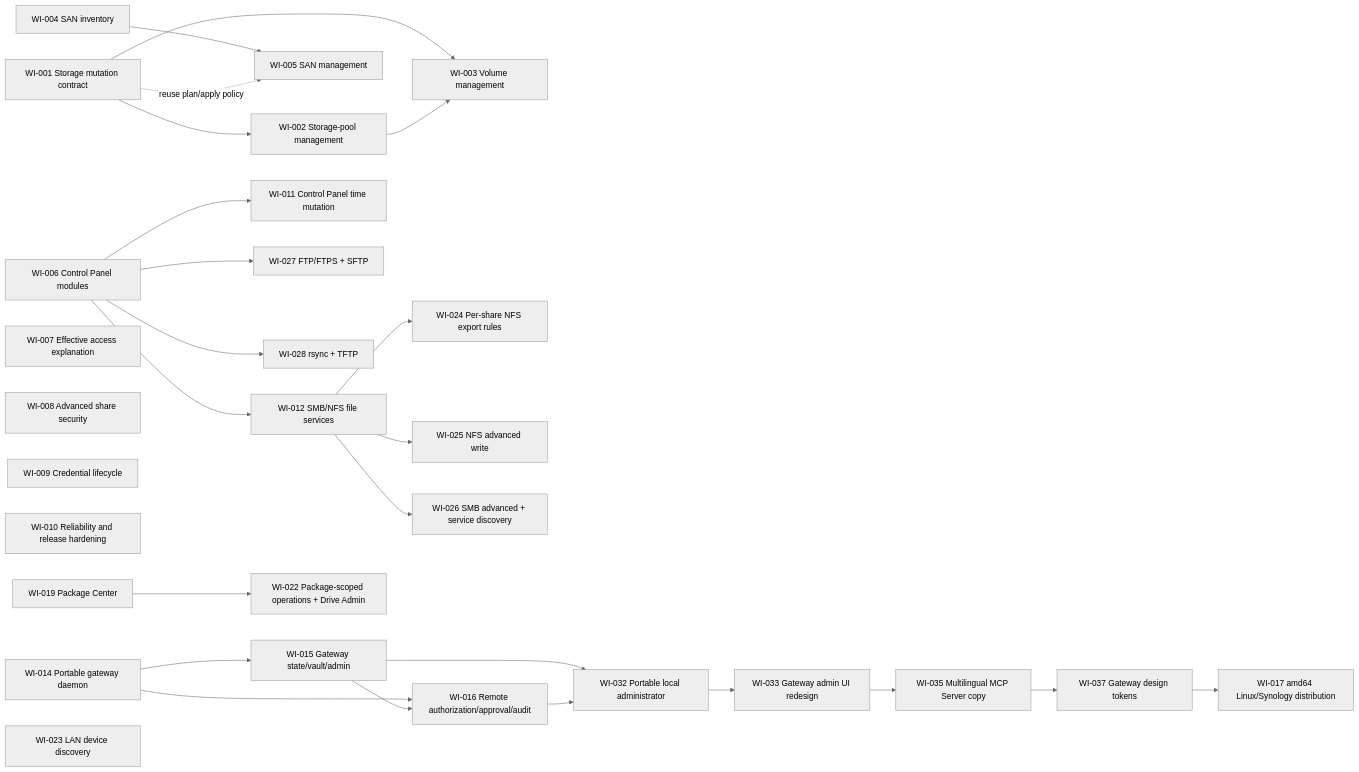
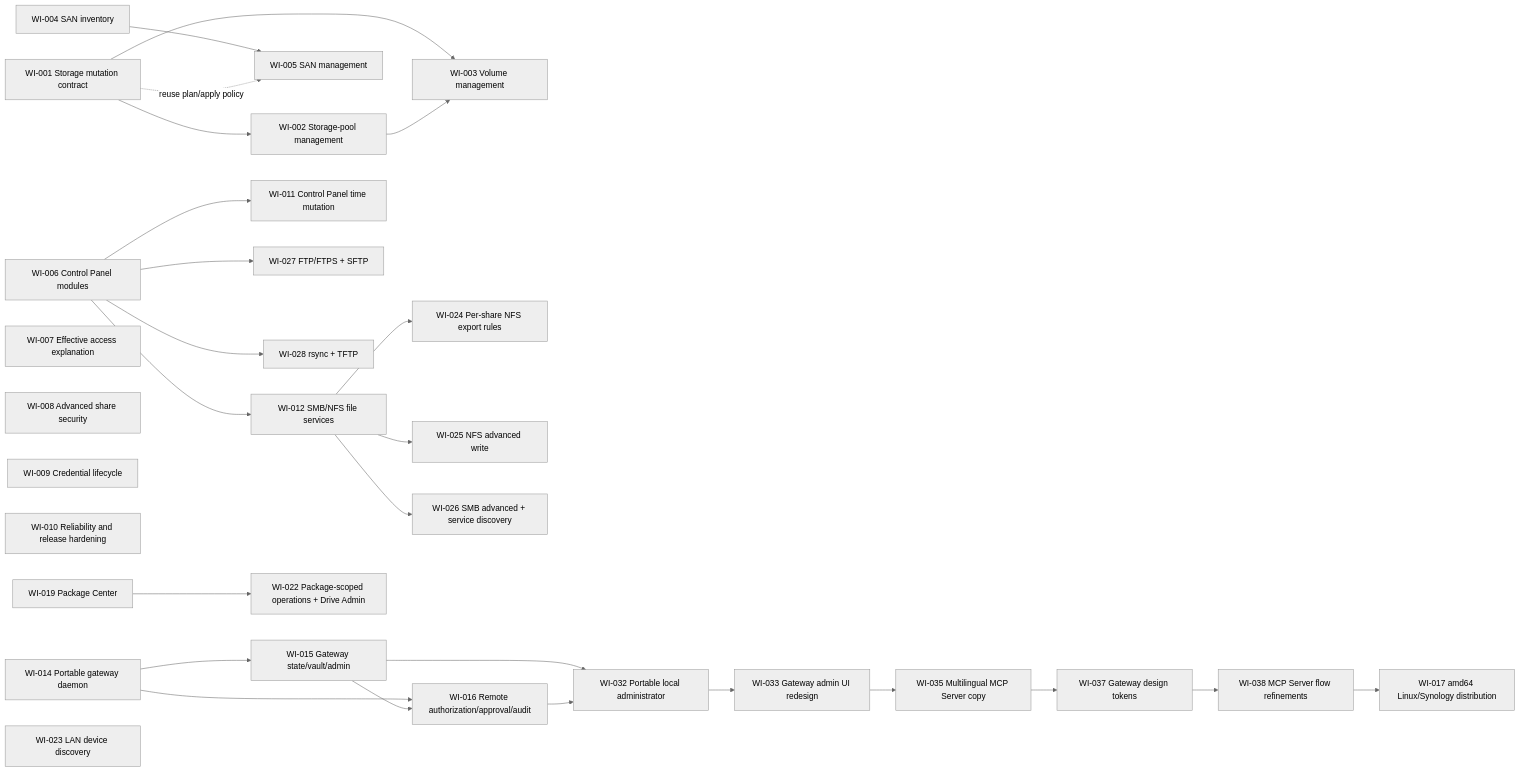
The diagram in spec/roadmap.md (derekvery666/dsmctl), drawn with Mermaid (neutral theme) before and after one commit. The commit also changed other lines of this file and 4 other files, not shown here.

First line of the commit message:
Add WI-038 MCP Server flow-refinement spec

````diff
--- a/spec/roadmap.md
+++ b/spec/roadmap.md
@@ -9,31 +9,32 @@
 ```mermaid
 flowchart LR
   WI001["WI-001 Storage mutation contract"] --> WI002["WI-002 Storage-pool management"]
   WI001 --> WI003["WI-003 Volume management"]
   WI002 --> WI003
   WI004["WI-004 SAN inventory"] --> WI005["WI-005 SAN management"]
   WI001 -. "reuse plan/apply policy" .-> WI005
   WI006["WI-006 Control Panel modules"]
   WI006 --> WI012["WI-012 SMB/NFS file services"]
   WI006 --> WI011["WI-011 Control Panel time mutation"]
   WI012 --> WI024["WI-024 Per-share NFS export rules"]
   WI012 --> WI025["WI-025 NFS advanced write"]
   WI012 --> WI026["WI-026 SMB advanced + service discovery"]
   WI006 --> WI027["WI-027 FTP/FTPS + SFTP"]
   WI006 --> WI028["WI-028 rsync + TFTP"]
   WI007["WI-007 Effective access explanation"]
   WI008["WI-008 Advanced share security"]
   WI009["WI-009 Credential lifecycle"]
   WI010["WI-010 Reliability and release hardening"]
   WI014["WI-014 Portable gateway daemon"] --> WI015["WI-015 Gateway state/vault/admin"]
   WI014 --> WI016["WI-016 Remote authorization/approval/audit"]
   WI015 --> WI016
   WI015 --> WI032["WI-032 Portable local administrator"]
   WI016 --> WI032
   WI032 --> WI033["WI-033 Gateway admin UI redesign"]
   WI033 --> WI035["WI-035 Multilingual MCP Server copy"]
   WI035 --> WI037["WI-037 Gateway design tokens"]
-  WI037 --> WI017["WI-017 amd64 Linux/Synology distribution"]
+  WI037 --> WI038["WI-038 MCP Server flow refinements"]
+  WI038 --> WI017["WI-017 amd64 Linux/Synology distribution"]
   WI019["WI-019 Package Center"] --> WI022["WI-022 Package-scoped operations + Drive Admin"]
   WI023["WI-023 LAN device discovery"]
 ```
````
